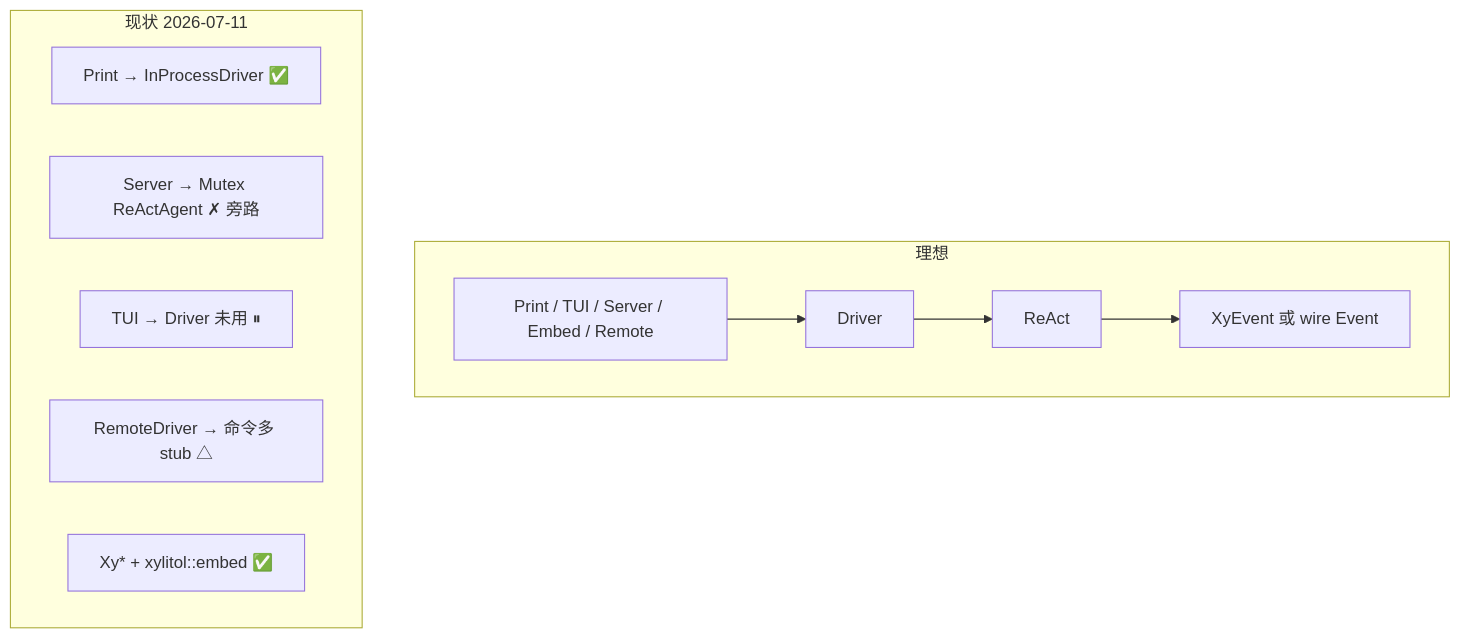
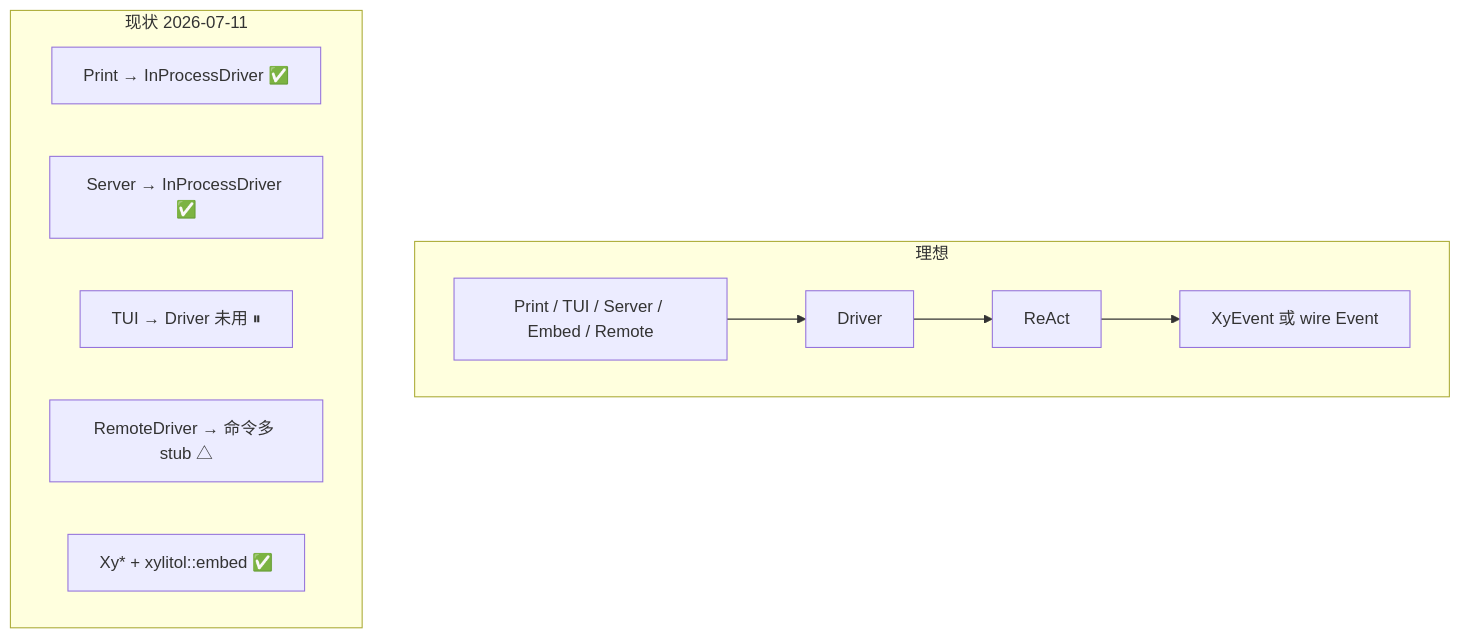
One commit to StrayDragon/xylitol changed the diagram in docs/architecture/library-and-clients.md. Above: the diagram before and after it, drawn with Mermaid. The commit also changed other lines of this file and 12 other files, not shown here.

First line of the commit message:
feat(server): drive REST/WS through InProcessDriver (c535)

````diff
--- a/docs/architecture/library-and-clients.md
+++ b/docs/architecture/library-and-clients.md
@@ -42,18 +42,18 @@
 ```mermaid
 flowchart TB
   subgraph Ideal["理想"]
     C1["Print / TUI / Server / Embed / Remote"]
     D["Driver"]
     R["ReAct"]
     E["XyEvent 或 wire Event"]
     C1 --> D --> R --> E
   end
 
   subgraph Actual["现状 2026-07-11"]
     P["Print → InProcessDriver ✅"]
-    S["Server → Mutex ReActAgent ✗ 旁路"]
+    S["Server → InProcessDriver ✅"]
     T["TUI → Driver 未用 ⏸"]
     Rem["RemoteDriver → 命令多 stub △"]
     Lib["Xy* + xylitol::embed ✅"]
   end
 ```
````
